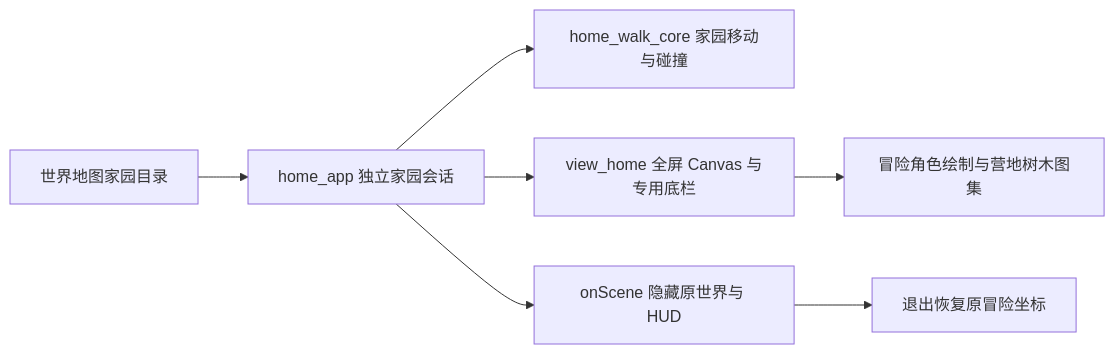
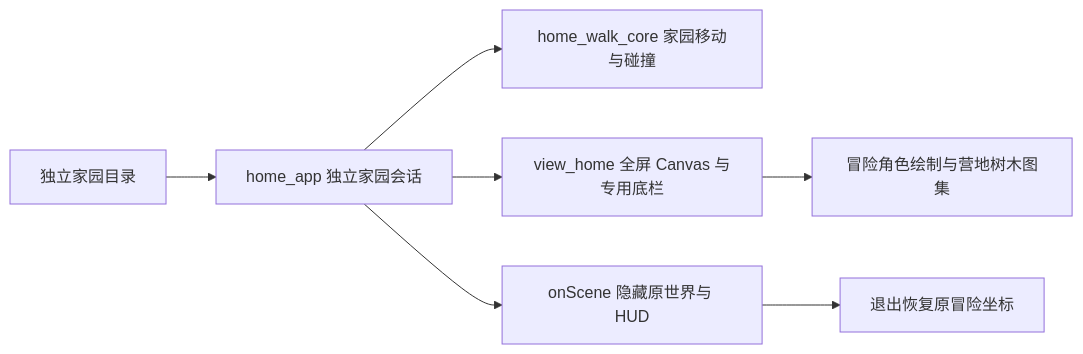
Diagram 42 of 45 in HaqiCombatSim/docs/architecture.md (LiXizhi/HaqiWebTools), drawn with Mermaid before and after one commit. The commit also changed other lines of this file and 51 other files, not shown here.

````diff
--- a/HaqiCombatSim/docs/architecture.md
+++ b/HaqiCombatSim/docs/architecture.md
@@ -1209,9 +1209,9 @@
 ```mermaid
 flowchart LR
-  Map[世界地图家园目录] --> Home[home_app 独立家园会话]
+  Map[独立家园目录] --> Home[home_app 独立家园会话]
   Home --> Walk[home_walk_core 家园移动与碰撞]
   Home --> View[view_home 全屏 Canvas 与专用底栏]
   View --> Art[冒险角色绘制与营地树木图集]
   Home --> Scene[onScene 隐藏原世界与 HUD]
   Scene --> Return[退出恢复原冒险坐标]
 ```
````
